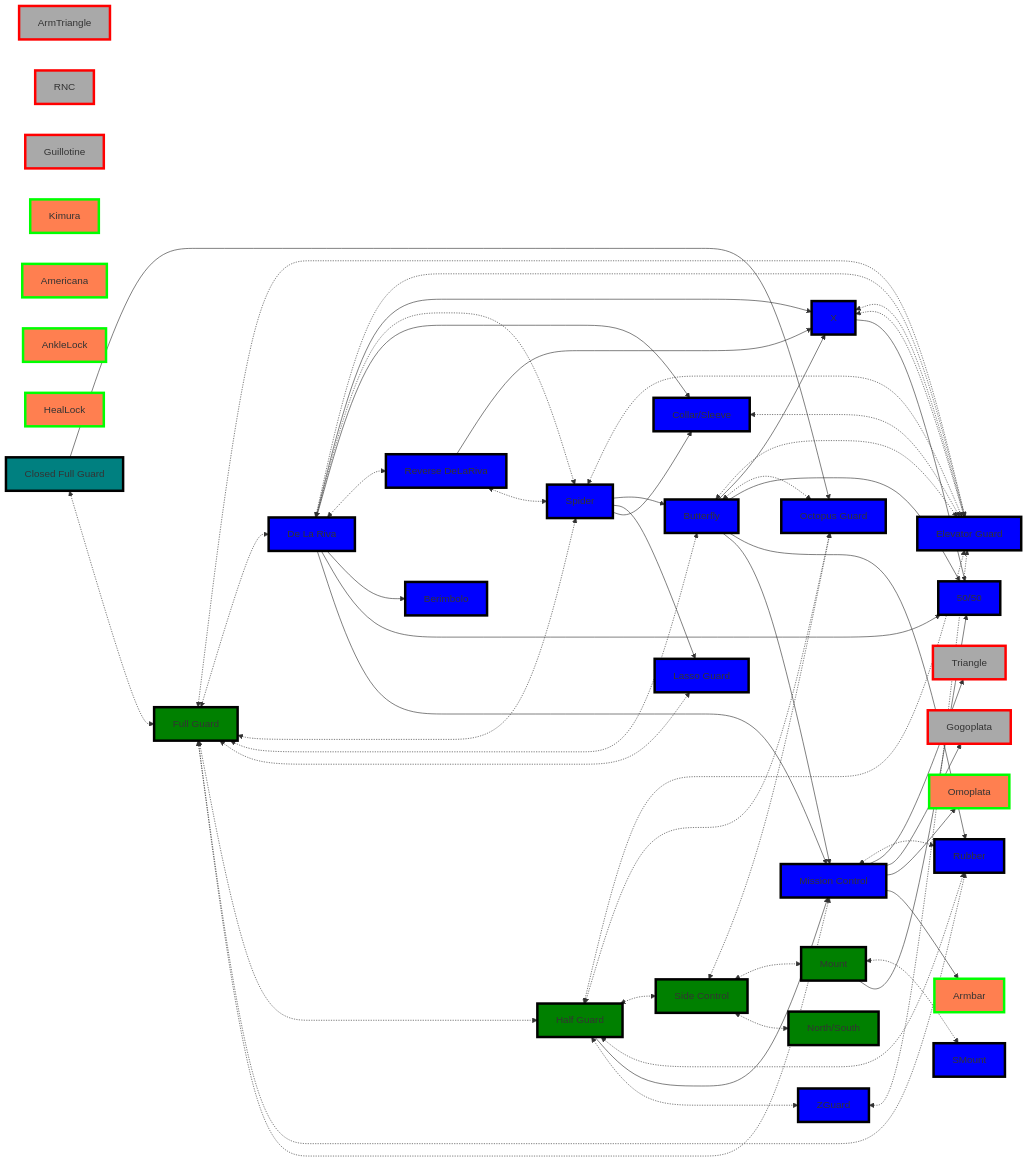
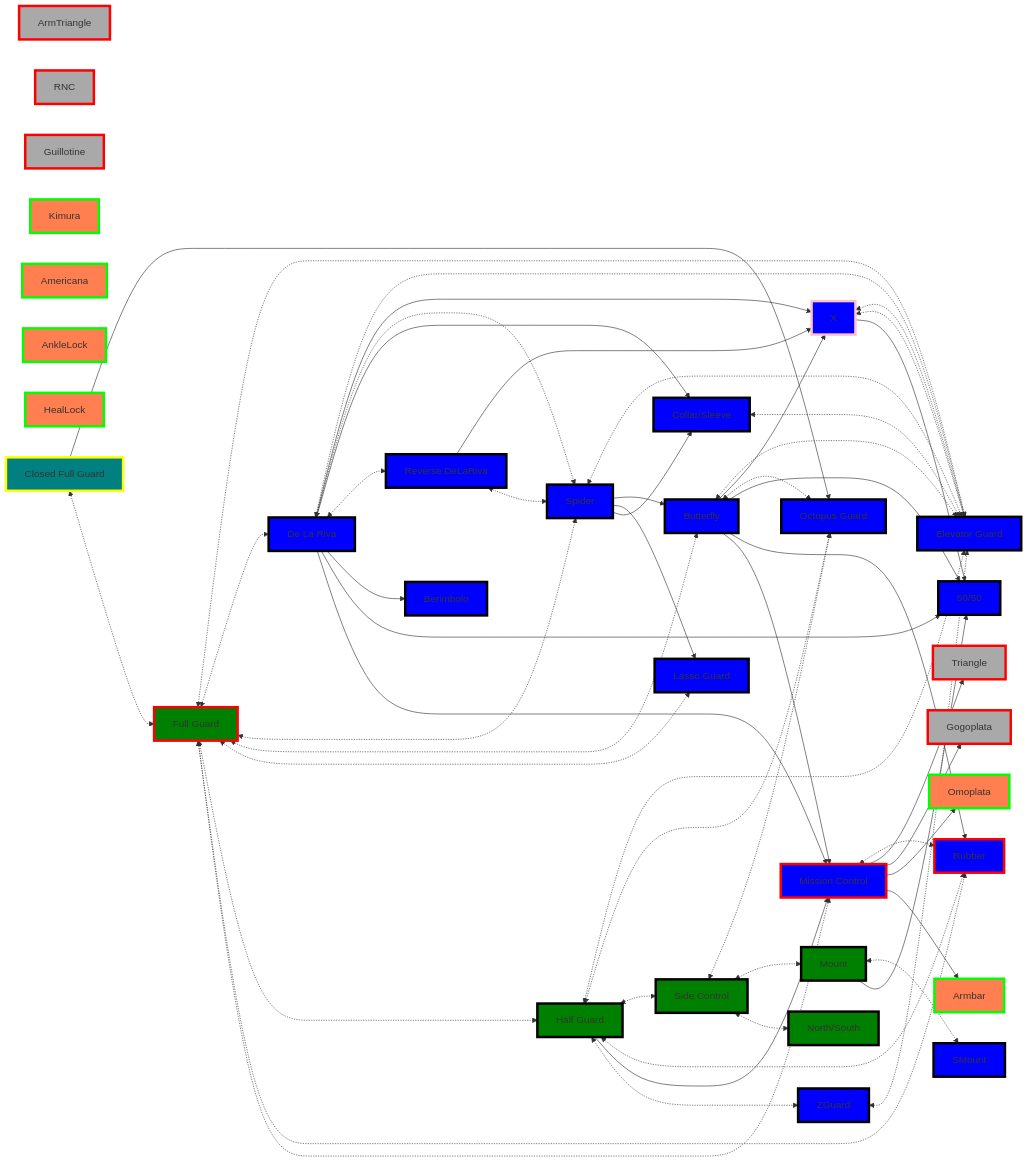
The second of 4 diagrams in _Fitness/BJJ Priority Flows.md (jacgit18/DevHiveMind), drawn with Mermaid before and after one commit. The commit also changed other lines of this file, not shown here.

Commit message:
M "_Fitness/BJJ Priority Flows.md"

```diff
--- a/_Fitness/BJJ Priority Flows.md
+++ b/_Fitness/BJJ Priority Flows.md
@@ -339,11 +341,11 @@
 
 style ElevatorGuard fill:blue,stroke:black,stroke-width:4px,shadow:shadow
 
-style Closed fill:teal,stroke:black,stroke-width:4px,shadow:shadow
+style Closed fill:teal,stroke:yellow,stroke-width:4px,shadow:shadow
 
 style OctopusGuard fill:blue,stroke:black,stroke-width:4px,shadow:shadow
 
-style A fill:green,stroke:black,stroke-width:4px,shadow:shadow
+style A fill:green,stroke:red,stroke-width:4px,shadow:shadow
 
 style B fill:blue,stroke:black,stroke-width:4px,shadow:shadow
 
@@ -353,7 +355,7 @@
 
 style E fill:blue,stroke:black,stroke-width:4px,shadow:shadow
 
-style F fill:blue,stroke:black,stroke-width:4px,shadow:shadow
+style F fill:blue,stroke:pink,stroke-width:4px,shadow:shadow
 
 style G fill:blue,stroke:black,stroke-width:4px,shadow:shadow
 
@@ -371,9 +373,9 @@
 
 style N fill:blue,stroke:black,stroke-width:4px,shadow:shadow
 
-style Q fill:blue,stroke:black,stroke-width:4px,shadow:shadow
+style Q fill:blue,stroke:red,stroke-width:4px,shadow:shadow
 
-style R fill:blue,stroke:black,stroke-width:4px,shadow:shadow
+style R fill:blue,stroke:red,stroke-width:4px,shadow:shadow
 
 style Z fill:blue,stroke:black,stroke-width:4px,shadow:shadow
 
```
